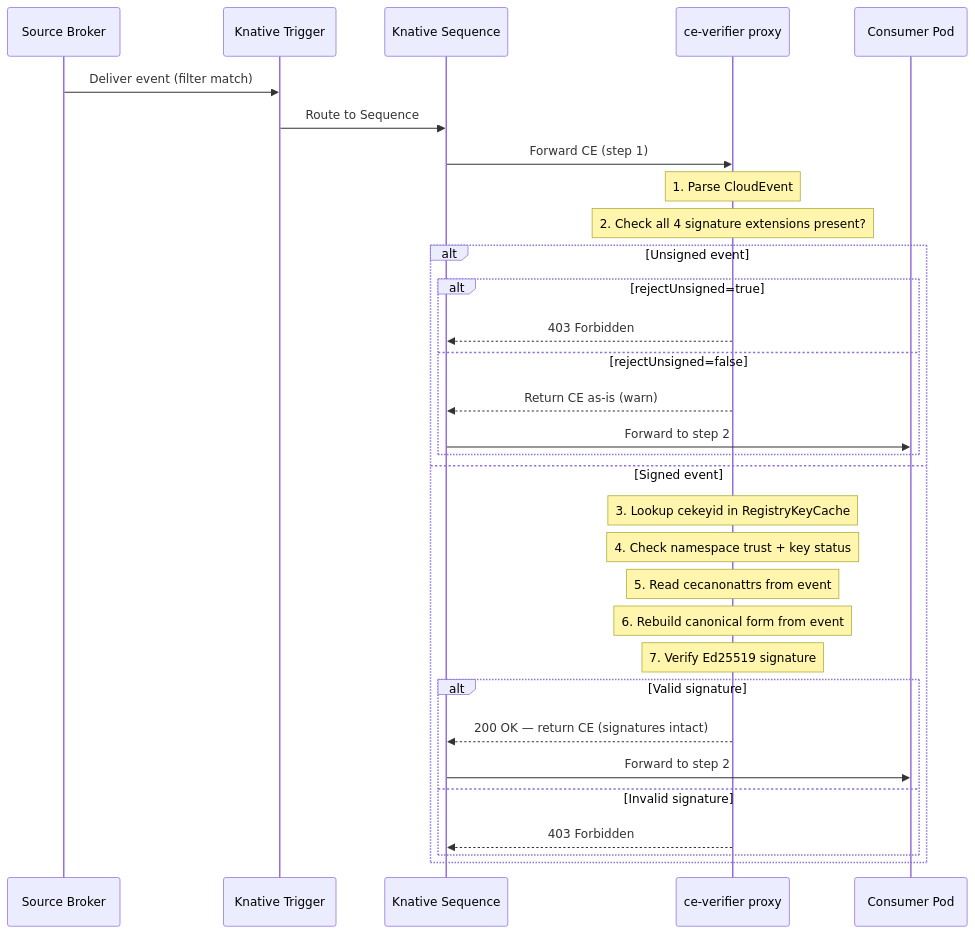
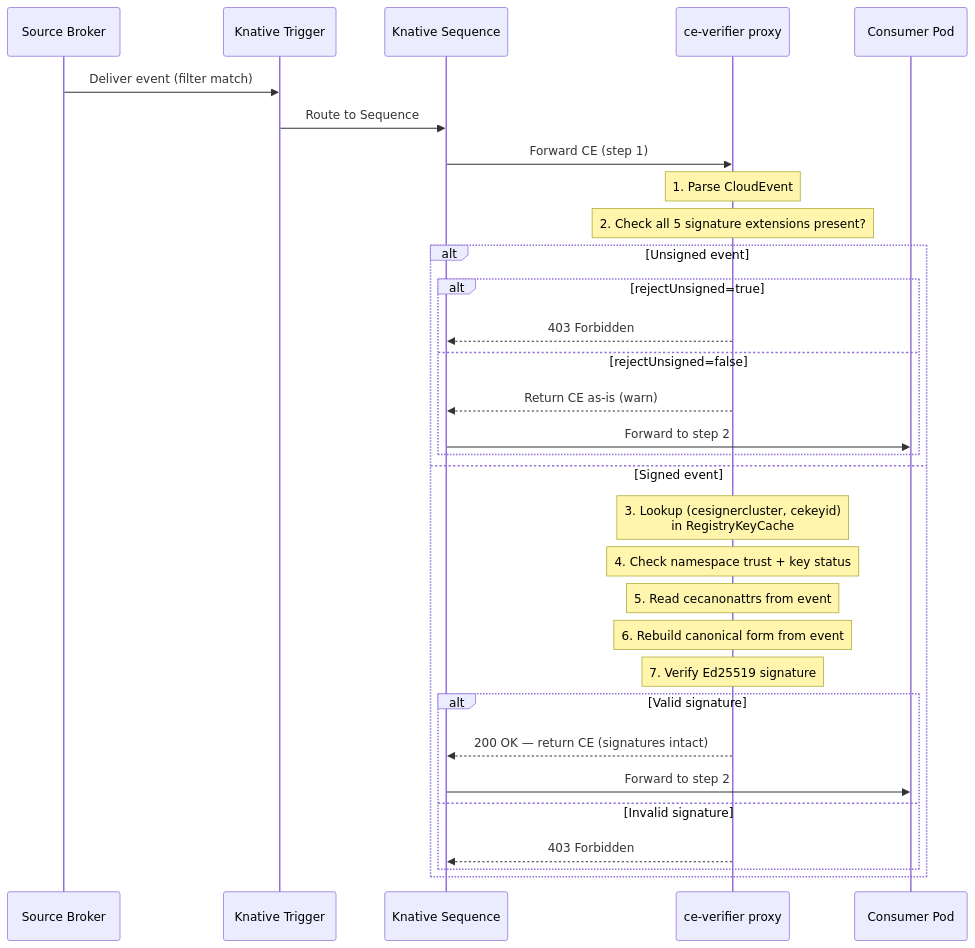
The seventh of 10 diagrams in docs/FLOWCHART.md (nrrso/eventing-signing-operator), drawn with Mermaid before and after one commit. The commit also changed other lines of this file, not shown here.

First line of the commit message:
chore(docs): update FLOWCHART.md for current state and add UC2 federation scenario

````diff
--- a/docs/FLOWCHART.md
+++ b/docs/FLOWCHART.md
@@ -111,37 +160,37 @@
 ```mermaid
 sequenceDiagram
     participant Broker as Source Broker
     participant Trigger as Knative Trigger
     participant Seq as Knative Sequence
     participant Verifier as ce-verifier proxy
     participant Consumer as Consumer Pod
 
     Broker->>Trigger: Deliver event (filter match)
     Trigger->>Seq: Route to Sequence
     Seq->>Verifier: Forward CE (step 1)
 
     Note over Verifier: 1. Parse CloudEvent
-    Note over Verifier: 2. Check all 4 signature extensions present?
+    Note over Verifier: 2. Check all 5 signature extensions present?
 
     alt Unsigned event
         alt rejectUnsigned=true
             Verifier-->>Seq: 403 Forbidden
         else rejectUnsigned=false
             Verifier-->>Seq: Return CE as-is (warn)
             Seq->>Consumer: Forward to step 2
         end
     else Signed event
-        Note over Verifier: 3. Lookup cekeyid in RegistryKeyCache
+        Note over Verifier: 3. Lookup (cesignercluster, cekeyid)<br/>in RegistryKeyCache
         Note over Verifier: 4. Check namespace trust + key status
         Note over Verifier: 5. Read cecanonattrs from event
         Note over Verifier: 6. Rebuild canonical form from event
         Note over Verifier: 7. Verify Ed25519 signature
 
         alt Valid signature
             Verifier-->>Seq: 200 OK — return CE (signatures intact)
             Seq->>Consumer: Forward to step 2
         else Invalid signature
             Verifier-->>Seq: 403 Forbidden
         end
     end
 ```
````
